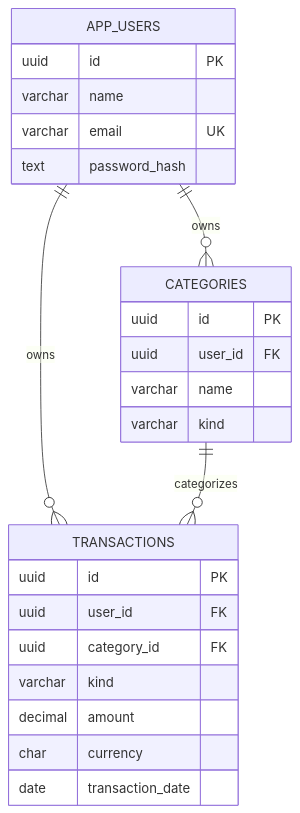
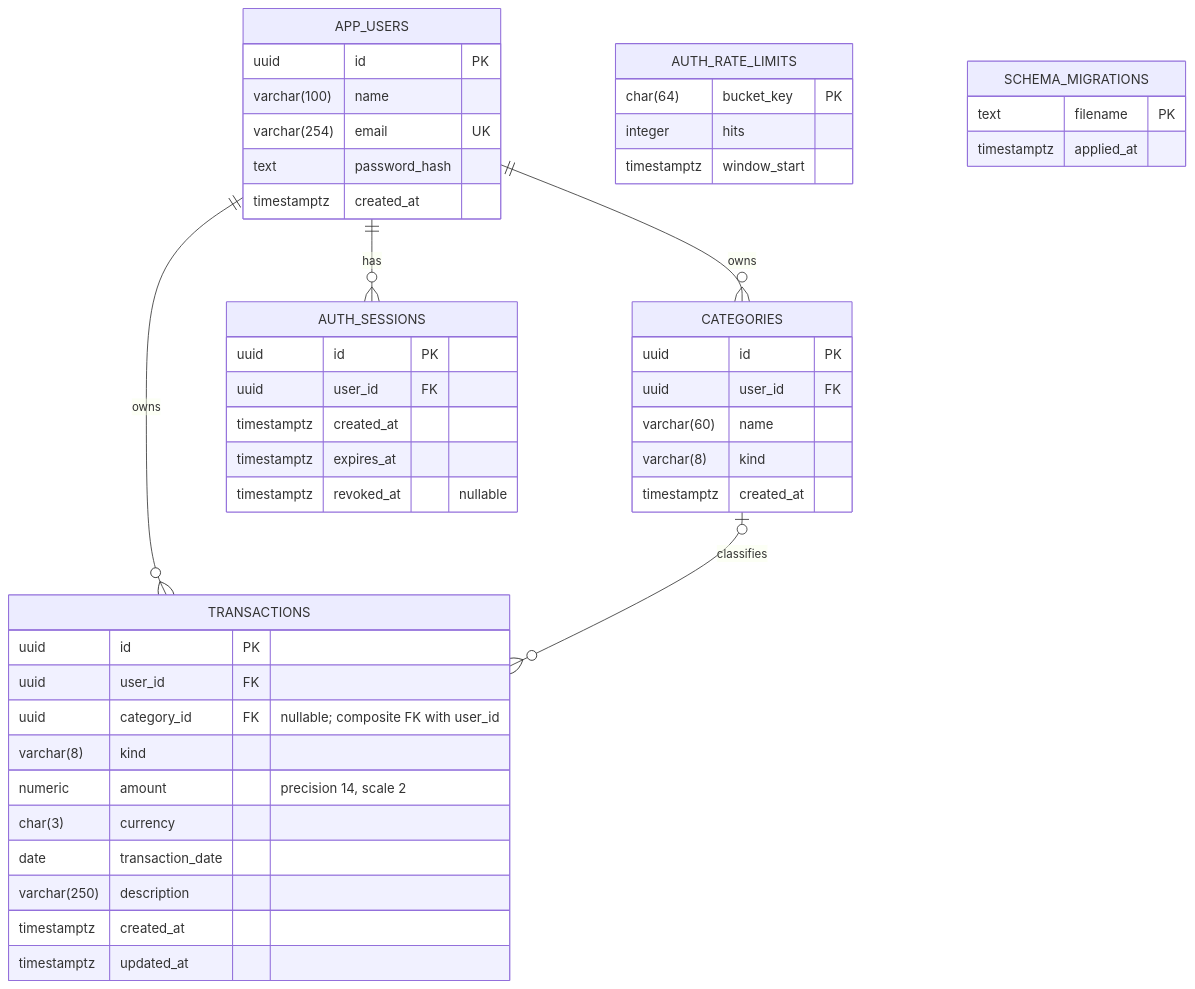
The second of 3 diagrams in docs/ARCHITECTURE_AND_ERD.md (CapTainTeChieF/ExpenseTracker), drawn with Mermaid before and after one commit. The commit also changed other lines of this file, not shown here.

Commit message:
docs: modernize system architecture and database ERD

````diff
--- a/docs/ARCHITECTURE_AND_ERD.md
+++ b/docs/ARCHITECTURE_AND_ERD.md
@@ -21,27 +73,50 @@
 ```mermaid
 erDiagram
-  APP_USERS ||--o{ CATEGORIES : owns
-  APP_USERS ||--o{ TRANSACTIONS : owns
-  CATEGORIES ||--o{ TRANSACTIONS : categorizes
-  APP_USERS {
-    uuid id PK
-    varchar name
-    varchar email UK
-    text password_hash
-  }
-  CATEGORIES {
-    uuid id PK
-    uuid user_id FK
-    varchar name
-    varchar kind
-  }
-  TRANSACTIONS {
-    uuid id PK
-    uuid user_id FK
-    uuid category_id FK
-    varchar kind
-    decimal amount
-    char currency
-    date transaction_date
-  }
+    APP_USERS ||--o{ CATEGORIES : owns
+    APP_USERS ||--o{ TRANSACTIONS : owns
+    APP_USERS ||--o{ AUTH_SESSIONS : has
+    CATEGORIES o|--o{ TRANSACTIONS : classifies
+
+    APP_USERS {
+        uuid id PK
+        varchar(100) name
+        varchar(254) email UK
+        text password_hash
+        timestamptz created_at
+    }
+    CATEGORIES {
+        uuid id PK
+        uuid user_id FK
+        varchar(60) name
+        varchar(8) kind
+        timestamptz created_at
+    }
+    TRANSACTIONS {
+        uuid id PK
+        uuid user_id FK
+        uuid category_id FK "nullable; composite FK with user_id"
+        varchar(8) kind
+        numeric amount "precision 14, scale 2"
+        char(3) currency
+        date transaction_date
+        varchar(250) description
+        timestamptz created_at
+        timestamptz updated_at
+    }
+    AUTH_SESSIONS {
+        uuid id PK
+        uuid user_id FK
+        timestamptz created_at
+        timestamptz expires_at
+        timestamptz revoked_at "nullable"
+    }
+    AUTH_RATE_LIMITS {
+        char(64) bucket_key PK
+        integer hits
+        timestamptz window_start
+    }
+    SCHEMA_MIGRATIONS {
+        text filename PK
+        timestamptz applied_at
+    }
 ```
````
